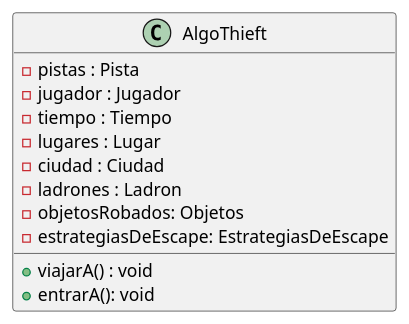
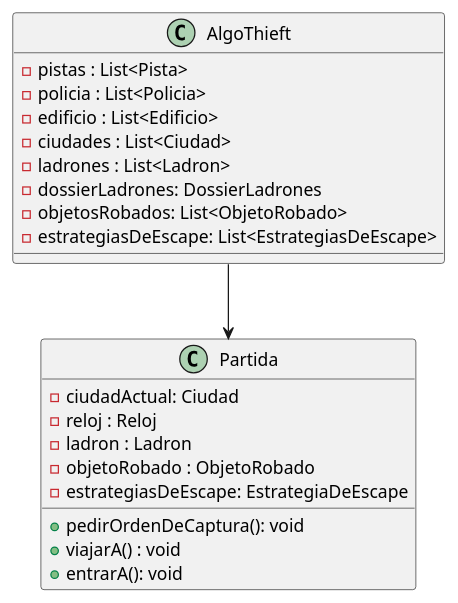
One commit to SeleneMartinez/Algo3_AlgoThief changed the diagram in diagrams/classes/dc_juego.plantuml. Above: the diagram before and after it, drawn with PlantUML. The commit also changed 2 other files, not shown here.

Commit message:
Agrego diagramas de clase

```diff
--- a/diagrams/classes/dc_juego.plantuml
+++ b/diagrams/classes/dc_juego.plantuml
@@ -1,16 +1,28 @@
 @startuml
 class AlgoThieft
 {
-    -pistas : Pista
-    -jugador : Jugador
-    -tiempo : Tiempo
-    -lugares : Lugar
-    -ciudad : Ciudad
-    -ladrones : Ladron
-    -objetosRobados: Objetos
-    -estrategiasDeEscape: EstrategiasDeEscape
+    -pistas : List<Pista>
+    -policia : List<Policia>
+    -edificio : List<Edificio>
+    -ciudades : List<Ciudad>
+    -ladrones : List<Ladron>
+    -dossierLadrones: DossierLadrones
+    -objetosRobados: List<ObjetoRobado>
+    -estrategiasDeEscape: List<EstrategiasDeEscape>
+}
 
+class Partida
+{
+    - ciudadActual: Ciudad
+    - reloj : Reloj
+    - ladron : Ladron
+    - objetoRobado : ObjetoRobado
+    - estrategiasDeEscape: EstrategiaDeEscape
+
+    +pedirOrdenDeCaptura(): void
     +viajarA() : void
     +entrarA(): void
 }
+AlgoThieft --> Partida
+
 @enduml
```
